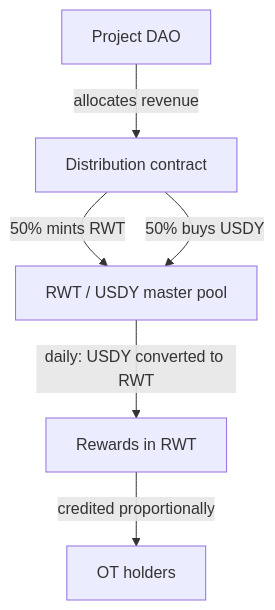
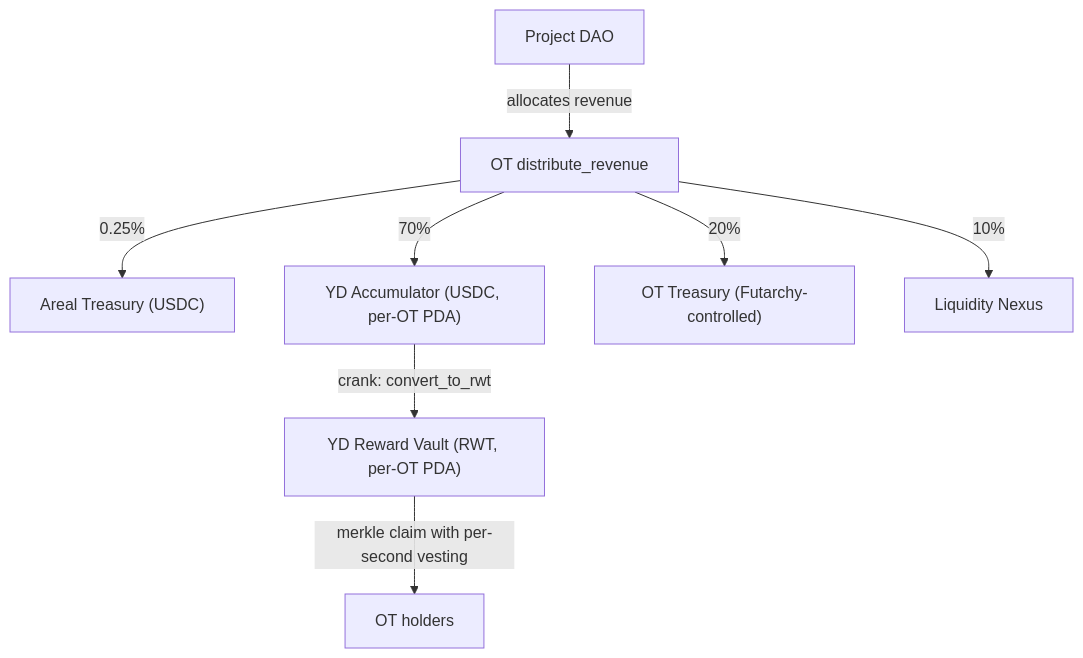
One commit to ArealFinance/docs changed the diagram in architecture/yield-and-reward-distribution.mdx. Above: the diagram before and after it, drawn with Mermaid. The commit also changed other lines of this file and 8 other files, not shown here.

First line of the commit message:
docs(architecture): align yield distribution flow with actual contracts

````diff
--- a/architecture/yield-and-reward-distribution.mdx
+++ b/architecture/yield-and-reward-distribution.mdx
@@ -50,8 +53,10 @@
 ```mermaid
 graph TD
-    DAO["Project DAO"] -->|"allocates revenue"| DC["Distribution contract"]
-    DC -->|"50% mints RWT"| LP["RWT / USDY master pool"]
-    DC -->|"50% buys USDY"| LP
-    LP -->|"daily: USDY converted to RWT"| R["Rewards in RWT"]
-    R -->|"credited proportionally"| H["OT holders"]
+    DAO["Project DAO"] -->|"allocates revenue"| OT["OT distribute_revenue"]
+    OT -->|"0.25%"| FEE["Areal Treasury (USDC)"]
+    OT -->|"70%"| ACC["YD Accumulator (USDC, per-OT PDA)"]
+    OT -->|"20%"| OTT["OT Treasury (Futarchy-controlled)"]
+    OT -->|"10%"| NX["Liquidity Nexus"]
+    ACC -->|"crank: convert_to_rwt"| RV["YD Reward Vault (RWT, per-OT PDA)"]
+    RV -->|"merkle claim with per-second vesting"| H["OT holders"]
 ```
````
